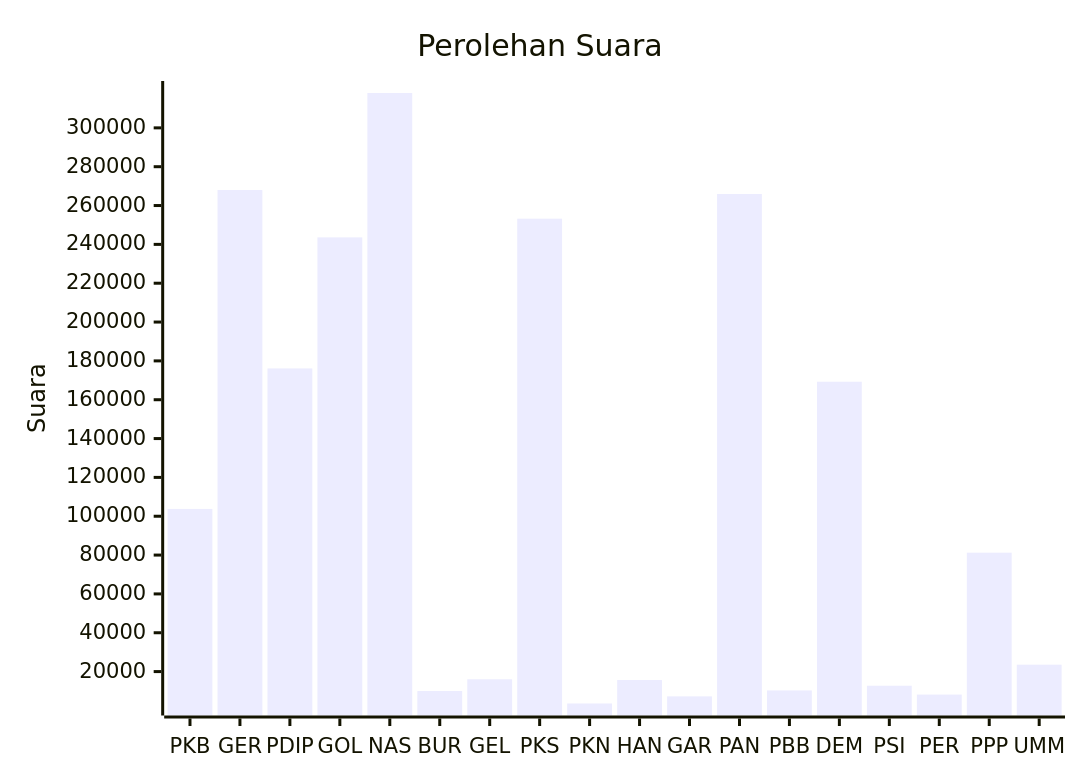
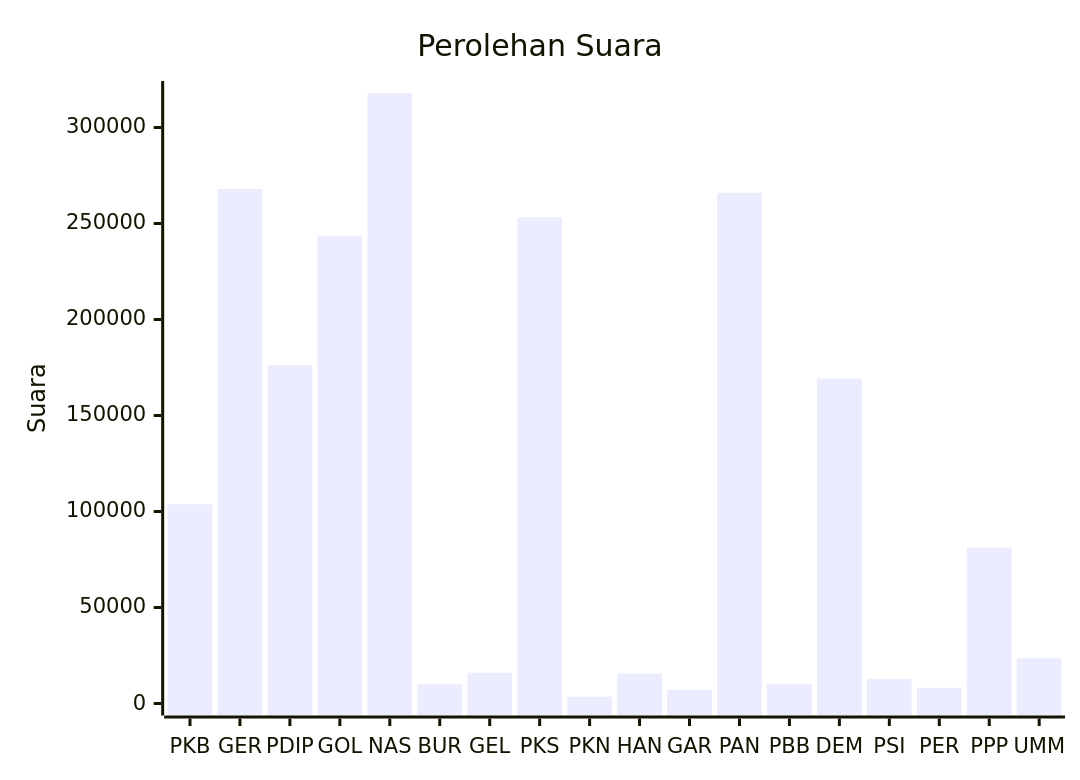
The diagram in pileg-dpr/hitung-suara/sub/table-wilayah-13.md (gigit-pemilu/pemilu-2024), drawn with Mermaid before and after one commit. The commit also changed 57 other files, not shown here.

````diff
--- a/pileg-dpr/hitung-suara/sub/table-wilayah-13.md
+++ b/pileg-dpr/hitung-suara/sub/table-wilayah-13.md
@@ -7,7 +7,7 @@
 ```mermaid
 xychart-beta
     title "Perolehan Suara"
     x-axis [PKB, GER, PDIP, GOL, NAS, BUR, GEL, PKS, PKN, HAN, GAR, PAN, PBB, DEM, PSI, PER, PPP, UMM]
-    y-axis "Suara"
+    y-axis "Suara" 0 --> 317954
     bar [103762, 267992, 176115, 243606, 317954, 9986, 16045, 253225, 3566, 15651, 7242, 265963, 10297, 169272, 12723, 8169, 81244, 23551]
 ```
````
